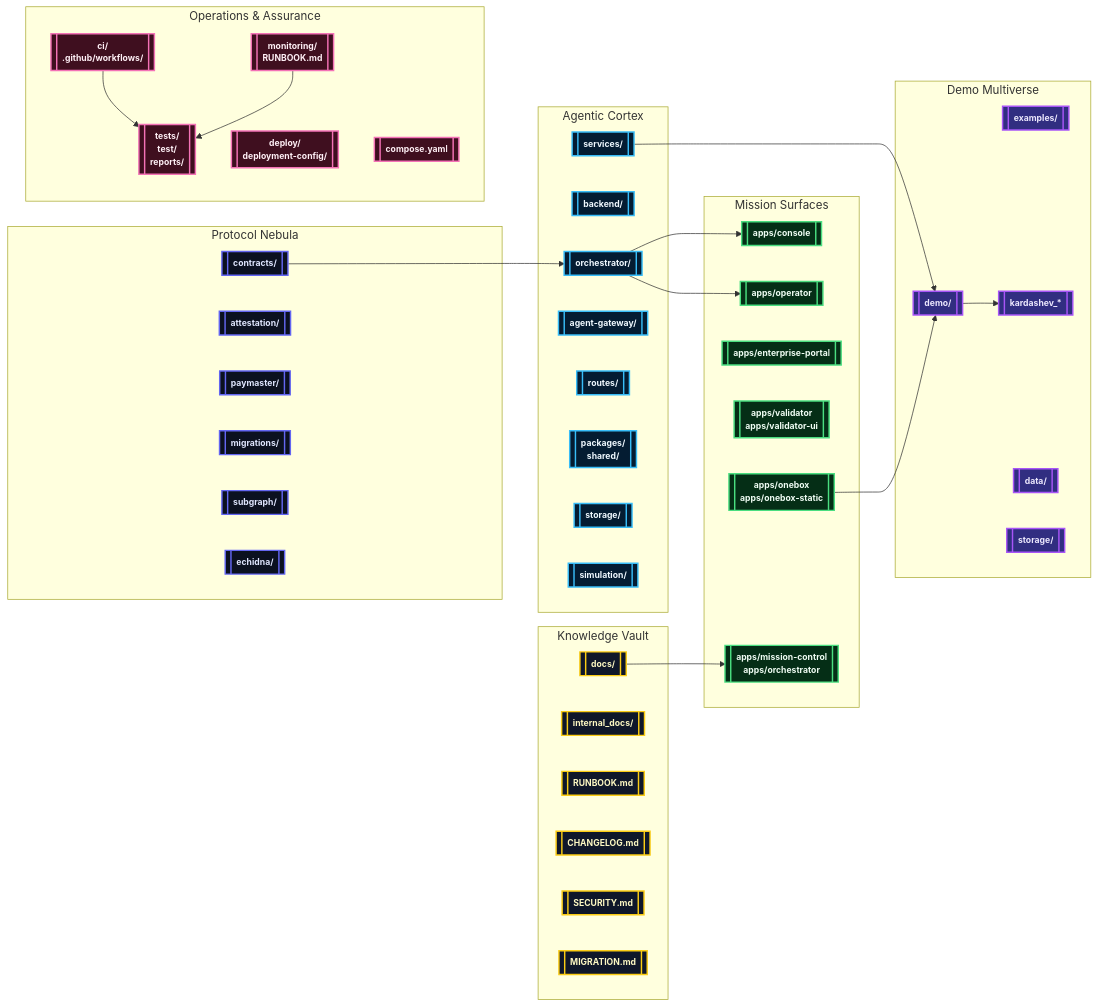
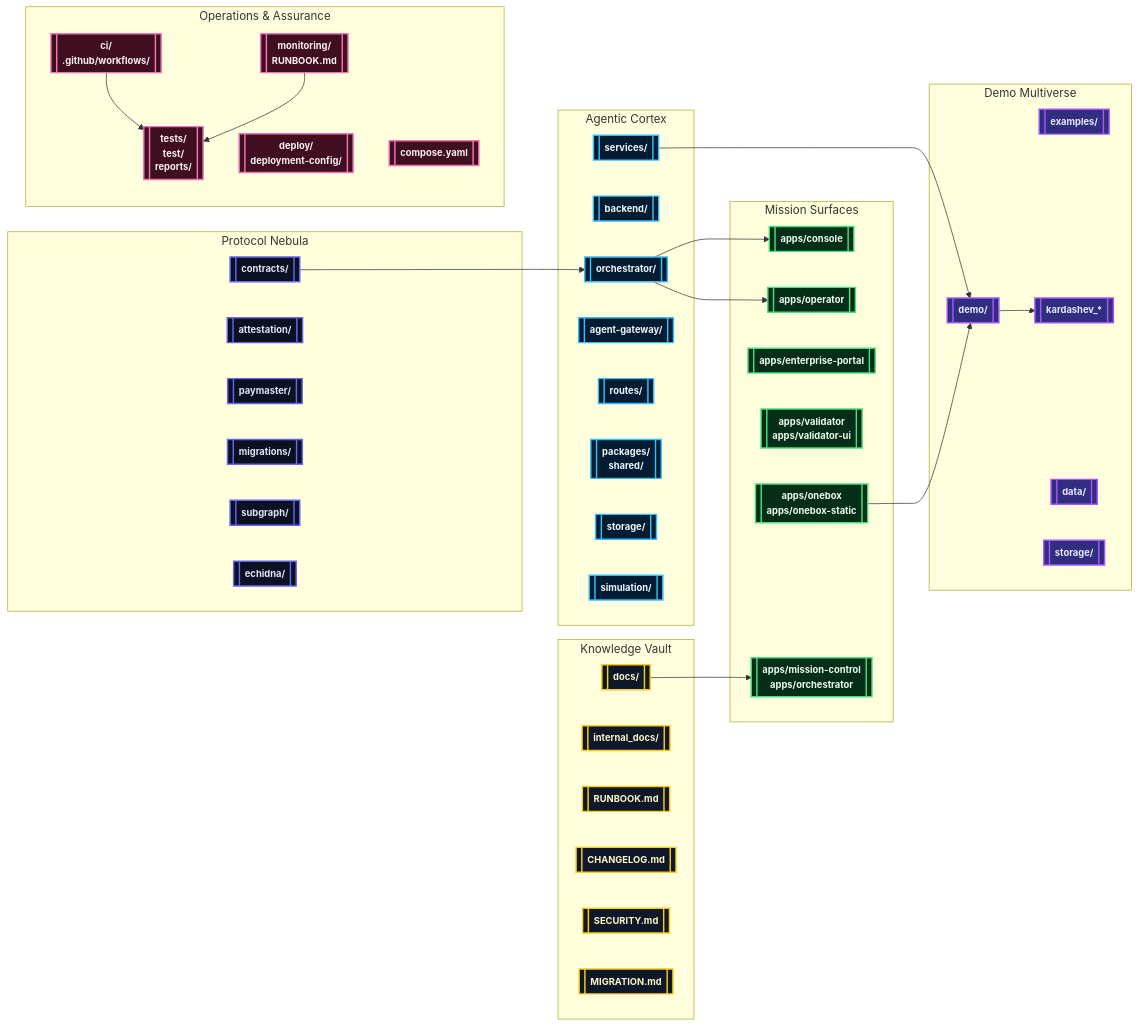
Before and after one commit to MontrealAI/AGIJobsv0: the first of 2 diagrams in README.md, drawn with Mermaid. The commit also changed other lines of this file, not shown here.

````diff
--- a/README.md
+++ b/README.md
@@ -52,74 +51,74 @@
 ```mermaid
-%% Iconic sovereign constellation
+%% Celestial architecture mapping the sovereign machine
 flowchart LR
-    classDef protocol fill:#0b1120,stroke:#6366f1,color:#e0e7ff,font-size:12px,font-weight:bold,stroke-width:2px;
-    classDef cortex fill:#041c32,stroke:#38bdf8,color:#f0f9ff,font-size:12px,font-weight:bold,stroke-width:2px;
-    classDef surfaces fill:#052e16,stroke:#4ade80,color:#f0fdf4,font-size:12px,font-weight:bold,stroke-width:2px;
-    classDef demos fill:#312e81,stroke:#a855f7,color:#ede9fe,font-size:12px,font-weight:bold,stroke-width:2px;
-    classDef ops fill:#3f0f1f,stroke:#f472b6,color:#fff0f6,font-size:12px,font-weight:bold,stroke-width:2px;
-    classDef knowledge fill:#0f172a,stroke:#facc15,color:#fef9c3,font-size:12px,font-weight:bold,stroke-width:2px;
+    classDef protocol fill:#0b1120,stroke:#6366f1,color:#e0e7ff,font-size:13px,font-weight:bold,stroke-width:2px;
+    classDef cortex fill:#041c32,stroke:#38bdf8,color:#f0f9ff,font-size:13px,font-weight:bold,stroke-width:2px;
+    classDef surfaces fill:#052e16,stroke:#4ade80,color:#f0fdf4,font-size:13px,font-weight:bold,stroke-width:2px;
+    classDef demos fill:#312e81,stroke:#a855f7,color:#ede9fe,font-size:13px,font-weight:bold,stroke-width:2px;
+    classDef ops fill:#3f0f1f,stroke:#f472b6,color:#fff0f6,font-size:13px,font-weight:bold,stroke-width:2px;
+    classDef knowledge fill:#0f172a,stroke:#facc15,color:#fef9c3,font-size:13px,font-weight:bold,stroke-width:2px;
 
     subgraph "Protocol Nebula"
         contracts[[contracts/]]:::protocol
         attest[[attestation/]]:::protocol
         paymaster[[paymaster/]]:::protocol
         migrations[[migrations/]]:::protocol
         subgraphSvc[[subgraph/]]:::protocol
         echidnaLab[[echidna/]]:::protocol
     end
 
     subgraph "Agentic Cortex"
         orchestrator[[orchestrator/]]:::cortex
         backendSvc[[backend/]]:::cortex
         servicesHub[[services/]]:::cortex
         gateway[[agent-gateway/]]:::cortex
         routesHub[[routes/]]:::cortex
         packagesHub[[packages/\nshared/]]:::cortex
         storageHub[[storage/]]:::cortex
         simHub[[simulation/]]:::cortex
     end
 
     subgraph "Mission Surfaces"
         console[[apps/console]]:::surfaces
         operator[[apps/operator]]:::surfaces
         enterprise[[apps/enterprise-portal]]:::surfaces
         validator[[apps/validator\napps/validator-ui]]:::surfaces
         onebox[[apps/onebox\napps/onebox-static]]:::surfaces
         missionCtrl[[apps/mission-control\napps/orchestrator]]:::surfaces
     end
 
     subgraph "Demo Multiverse"
         demosRoot[[demo/]]:::demos
         examplesNode[[examples/]]:::demos
         kardashev[[kardashev_*]]:::demos
         dataNode[[data/]]:::demos
         storageNode[[storage/]]:::demos
     end
 
     subgraph "Operations & Assurance"
         ciPipelines[[ci/\n.github/workflows/]]:::ops
         deployNode[[deploy/\ndeployment-config/]]:::ops
         monitoringNode[[monitoring/\nRUNBOOK.md]]:::ops
         qaNode[[tests/\ntest/\nreports/]]:::ops
         composeNode[[compose.yaml]]:::ops
     end
 
     subgraph "Knowledge Vault"
         docsNode[[docs/]]:::knowledge
         internalNode[[internal_docs/]]:::knowledge
         runbookNode[[RUNBOOK.md]]:::knowledge
         changelogNode[[CHANGELOG.md]]:::knowledge
         securityNode[[SECURITY.md]]:::knowledge
         migrationNode[[MIGRATION.md]]:::knowledge
     end
 
     contracts --> orchestrator
     orchestrator --> console
     orchestrator --> operator
     servicesHub --> demosRoot
     onebox --> demosRoot
     ciPipelines --> qaNode
     monitoringNode --> qaNode
     demosRoot --> kardashev
     docsNode --> missionCtrl
 ```
````
